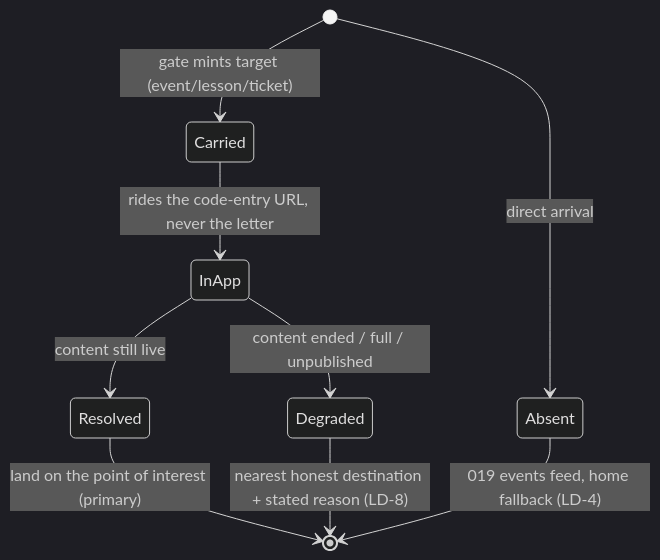
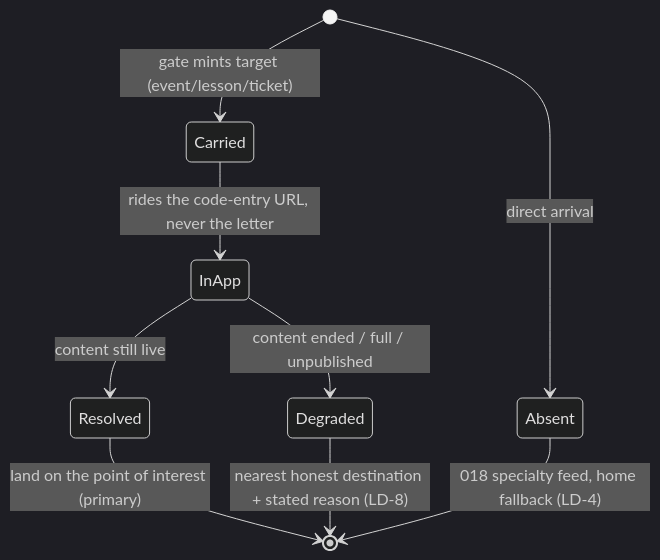
Before and after one commit to doctor-school/ds-platform: the second of 4 diagrams in apps/docs/content/specs/features/021-doctor-registration/021-design.md, drawn with Mermaid (dark theme). The commit also changed 30 other files, not shown here.

First line of the commit message:
feat(3674): entry into the specialty feed — home choice, «Моя лента», post-login landing (017 EARS-1/6/7, 021 LD-4)

````diff
--- a/apps/docs/content/specs/features/021-doctor-registration/021-design.md
+++ b/apps/docs/content/specs/features/021-doctor-registration/021-design.md
@@ -62,11 +62,11 @@
 ```mermaid
 stateDiagram-v2
   [*] --> Carried: gate mints target (event/lesson/ticket)
   [*] --> Absent: direct arrival
   Carried --> InApp: rides the code-entry URL, never the letter
   InApp --> Resolved: content still live
   InApp --> Degraded: content ended / full / unpublished
   Resolved --> [*]: land on the point of interest (primary)
   Degraded --> [*]: nearest honest destination + stated reason (LD-8)
-  Absent --> [*]: 019 events feed, home fallback (LD-4)
+  Absent --> [*]: 018 specialty feed, home fallback (LD-4)
 ```
````
